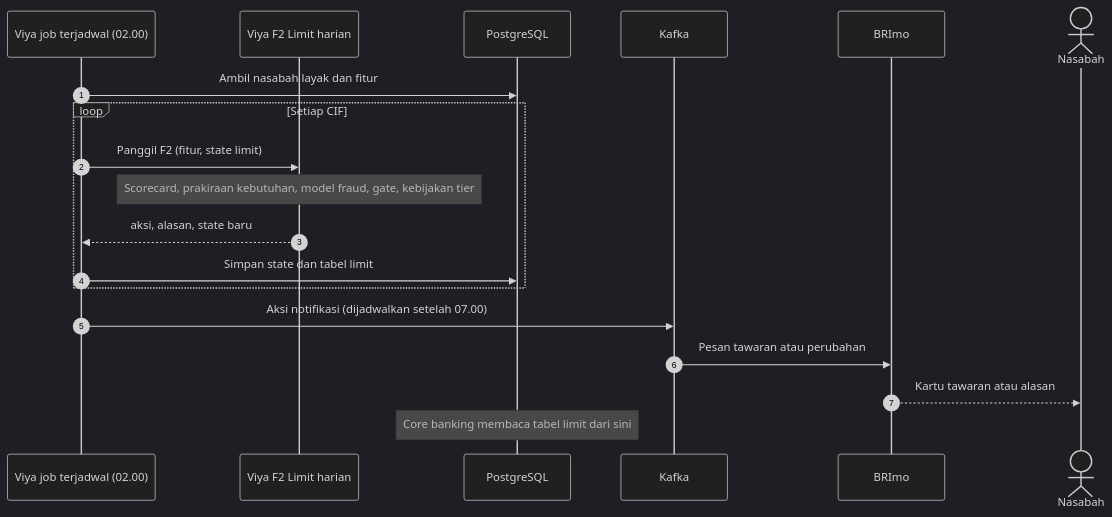
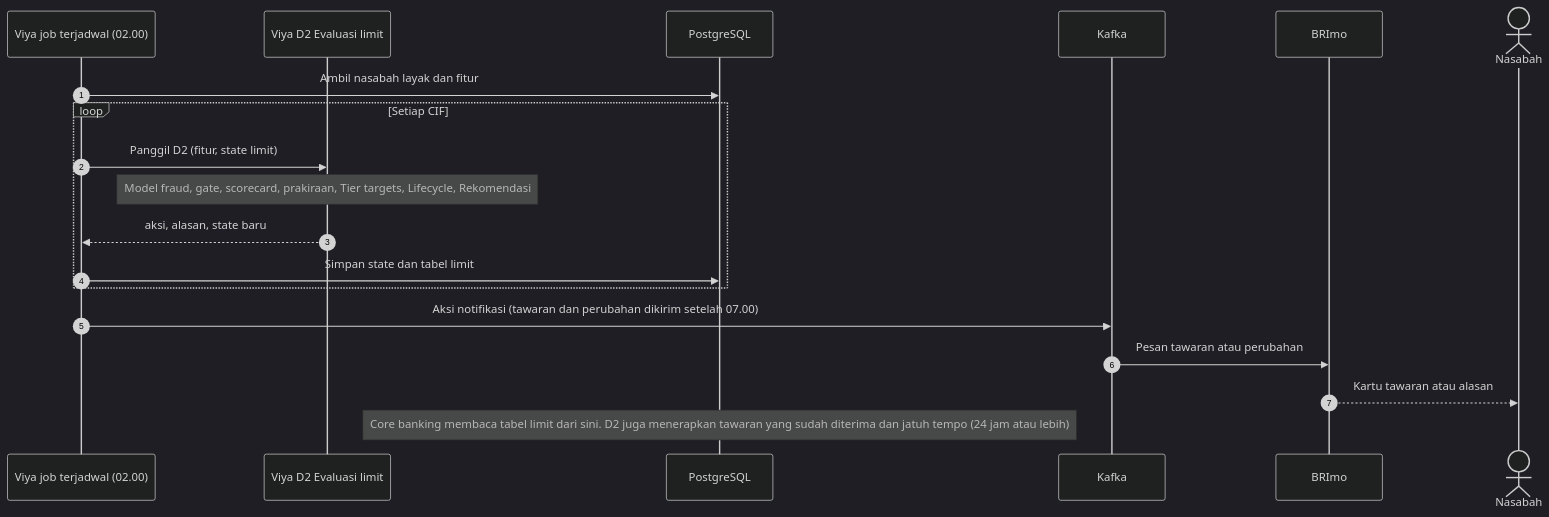
Before and after one commit to afintchtr/sashckton-gearup: the fifth of 9 diagrams in docs/DIAGRAMS.md, drawn with Mermaid (dark theme). The commit also changed other lines of this file and 8 other files, not shown here.

First line of the commit message:
Docs: add decision flow specification (D1-D3) and align all docs

````diff
--- a/docs/DIAGRAMS.md
+++ b/docs/DIAGRAMS.md
@@ -164,21 +180,21 @@
 ```mermaid
 sequenceDiagram
     autonumber
     participant J as Viya job terjadwal (02.00)
-    participant V as Viya F2 Limit harian
+    participant V as Viya D2 Evaluasi limit
     participant P as PostgreSQL
     participant K as Kafka
     participant B as BRImo
     actor N as Nasabah
     J->>P: Ambil nasabah layak dan fitur
     loop Setiap CIF
-        J->>V: Panggil F2 (fitur, state limit)
-        Note over V: Scorecard, prakiraan kebutuhan, model fraud, gate, kebijakan tier
+        J->>V: Panggil D2 (fitur, state limit)
+        Note over V: Model fraud, gate, scorecard, prakiraan, Tier targets, Lifecycle, Rekomendasi
         V-->>J: aksi, alasan, state baru
         J->>P: Simpan state dan tabel limit
     end
-    J->>K: Aksi notifikasi (dijadwalkan setelah 07.00)
+    J->>K: Aksi notifikasi (tawaran dan perubahan dikirim setelah 07.00)
     K->>B: Pesan tawaran atau perubahan
     B-->>N: Kartu tawaran atau alasan
-    Note over P: Core banking membaca tabel limit dari sini
+    Note over P: Core banking membaca tabel limit dari sini. D2 juga menerapkan tawaran yang sudah diterima dan jatuh tempo (24 jam atau lebih)
 ```
````
